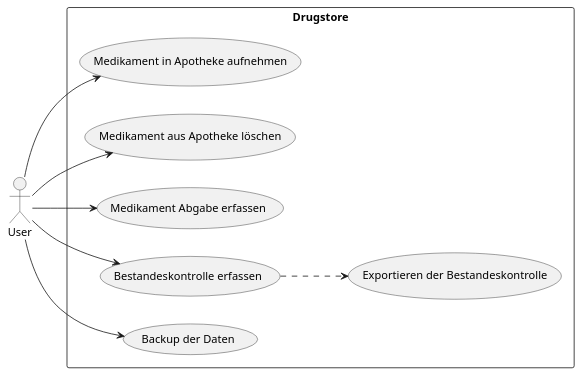
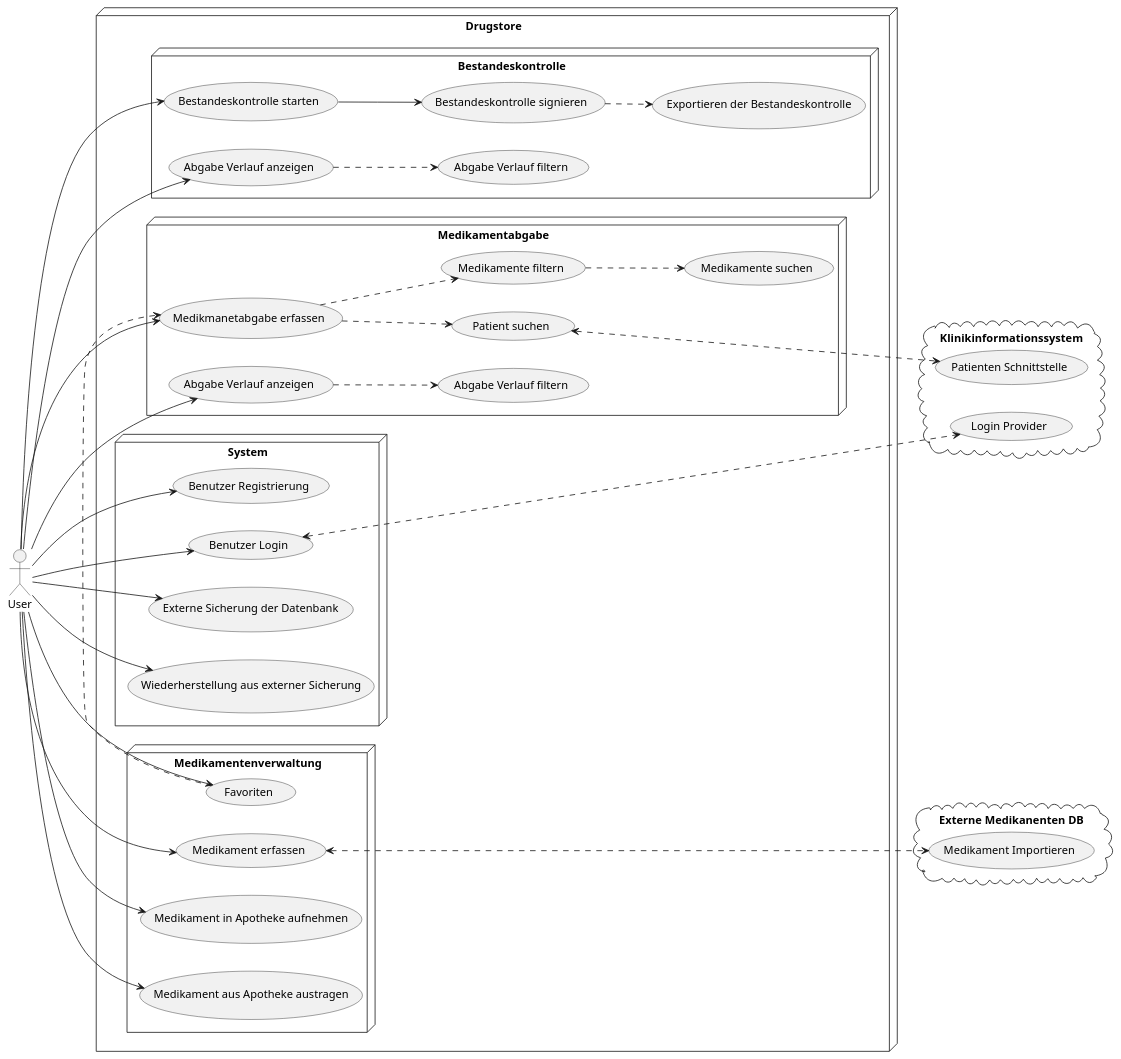
One commit to lucahost/drugstore changed the diagram in docs/use-cases/overview.puml. Above: the diagram before and after it, drawn with PlantUML. The commit also changed 1 other file, not shown here.

```diff
--- a/docs/use-cases/overview.puml
+++ b/docs/use-cases/overview.puml
@@ -1,19 +1,77 @@
 @startuml usecase-overview
 left to right direction
-rectangle Drugstore {
-    usecase "Medikament in Apotheke aufnehmen" as UC01
-    usecase "Medikament aus Apotheke löschen" as UC02
-    usecase "Medikament Abgabe erfassen" as UC03
-    usecase "Bestandeskontrolle erfassen" as UC04
-    usecase "Exportieren der Bestandeskontrolle" as UC04a
-    usecase "Backup der Daten" as UC05
+node Drugstore {
+
+    node System {
+        usecase "Benutzer Registrierung" as UC11
+        usecase "Benutzer Login" as UC12
+        usecase "Externe Sicherung der Datenbank" as UC13
+        usecase "Wiederherstellung aus externer Sicherung" as UC14
+    }
+
+    node Medikamentenverwaltung {
+        usecase "Medikament erfassen" as UC21
+        usecase "Medikament in Apotheke aufnehmen" as UC22
+        usecase "Medikament aus Apotheke austragen" as UC23
+        usecase "Favoriten" as UC24
+    }
+
+    node Medikamentabgabe {
+        usecase "Medikmanetabgabe erfassen" as UC31
+        usecase "Medikamente filtern" as UC32
+        usecase "Medikamente suchen" as UC33
+        usecase "Patient suchen" as UC34
+        usecase "Abgabe Verlauf anzeigen" as UC35
+        usecase "Abgabe Verlauf filtern" as UC36
+    }
+
+    node Bestandeskontrolle {
+        usecase "Bestandeskontrolle starten" as UC41
+        usecase "Bestandeskontrolle signieren" as UC42
+        usecase "Exportieren der Bestandeskontrolle" as UC43
+        usecase "Abgabe Verlauf anzeigen" as UC46
+        usecase "Abgabe Verlauf filtern" as UC47
+    }
 }
-:User: --> (UC01)
-:User: --> (UC02)
-:User: --> (UC03)
-:User: --> (UC04)
-:User: --> (UC05)
+cloud "Klinikinformationssystem" {
+    usecase "Login Provider" as LoginProvider
+    usecase "Patienten Schnittstelle" as PatientInterface
+}
+cloud "Externe Medikanenten DB" {
+    usecase "Medikament Importieren" as DrugImport
+}
 
-UC04 ..> UC04a
+
+
+:User: -> UC11
+:User: -> UC12
+:User: -> UC13
+:User: -> UC14
+
+:User: ---> UC21
+:User: ---> UC22
+:User: ---> UC23
+:User: ---> UC24
+
+:User: ---> UC31
+:User: ---> UC35
+
+:User: -> UC41
+:User: -> UC46
+
+UC24 .> UC31
+
+UC31 ..> UC32
+UC32 ..> UC33
+UC31 ..> UC34
+UC35 ..> UC36
+
+UC41 --> UC42
+UC42 ..> UC43
+UC46 ..> UC47
+
+UC12 <...> LoginProvider
+UC21 <....> DrugImport
+UC34 <...> PatientInterface
 
 @enduml
```
